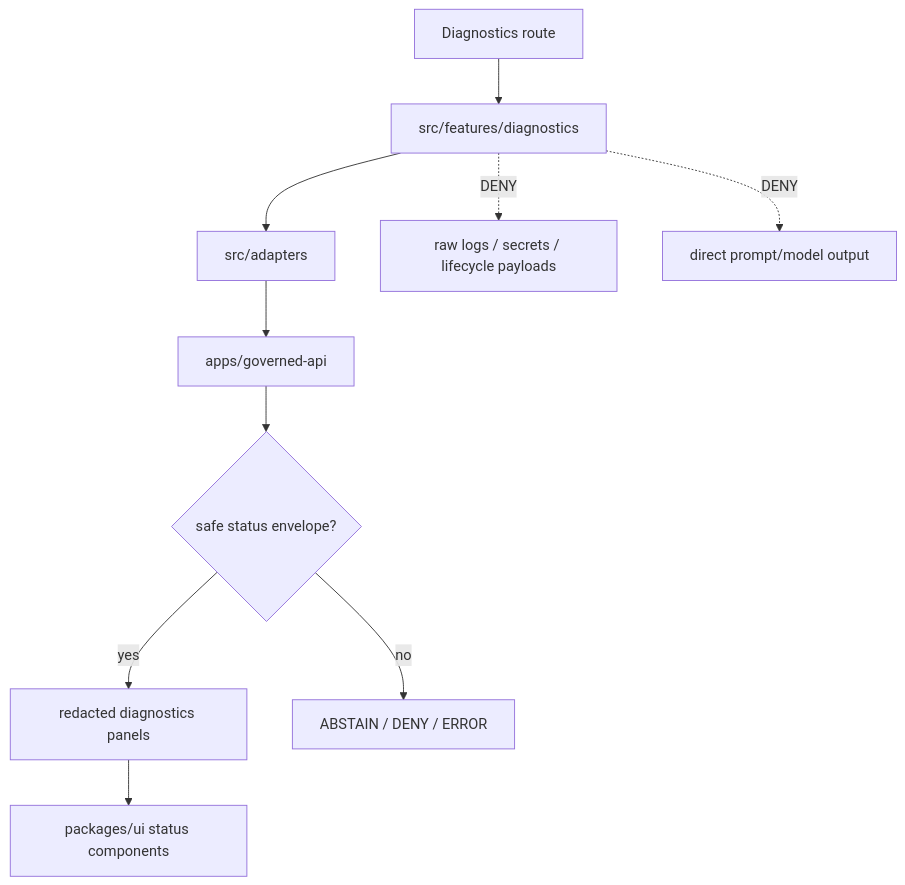
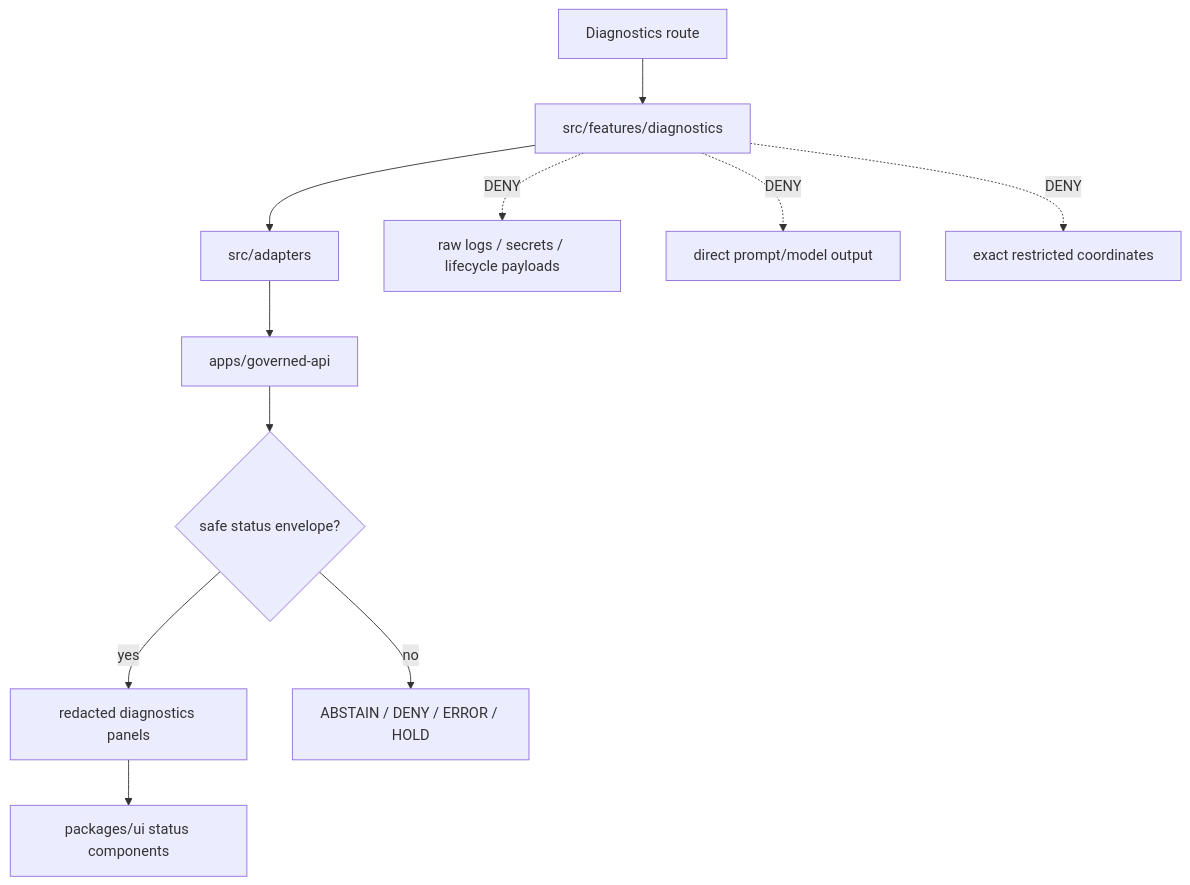
Before and after one commit to bartytime4life/Kansas-Frontier-Matrix: the diagram in apps/explorer-web/src/features/diagnostics/README.md, drawn with Mermaid. The commit also changed other lines of this file, not shown here.

````diff
--- a/apps/explorer-web/src/features/diagnostics/README.md
+++ b/apps/explorer-web/src/features/diagnostics/README.md
@@ -210,12 +276,13 @@
 ```mermaid
 flowchart TD
     route["Diagnostics route"] --> feature["src/features/diagnostics"]
     feature --> adapters["src/adapters"]
     adapters --> api["apps/governed-api"]
     api --> status{"safe status envelope?"}
     status -->|yes| panels["redacted diagnostics panels"]
-    status -->|no| safe["ABSTAIN / DENY / ERROR"]
+    status -->|no| safe["ABSTAIN / DENY / ERROR / HOLD"]
     panels --> ui["packages/ui status components"]
     feature -. DENY .-> raw["raw logs / secrets / lifecycle payloads"]
     feature -. DENY .-> model["direct prompt/model output"]
+    feature -. DENY .-> coords["exact restricted coordinates"]
 ```
````
